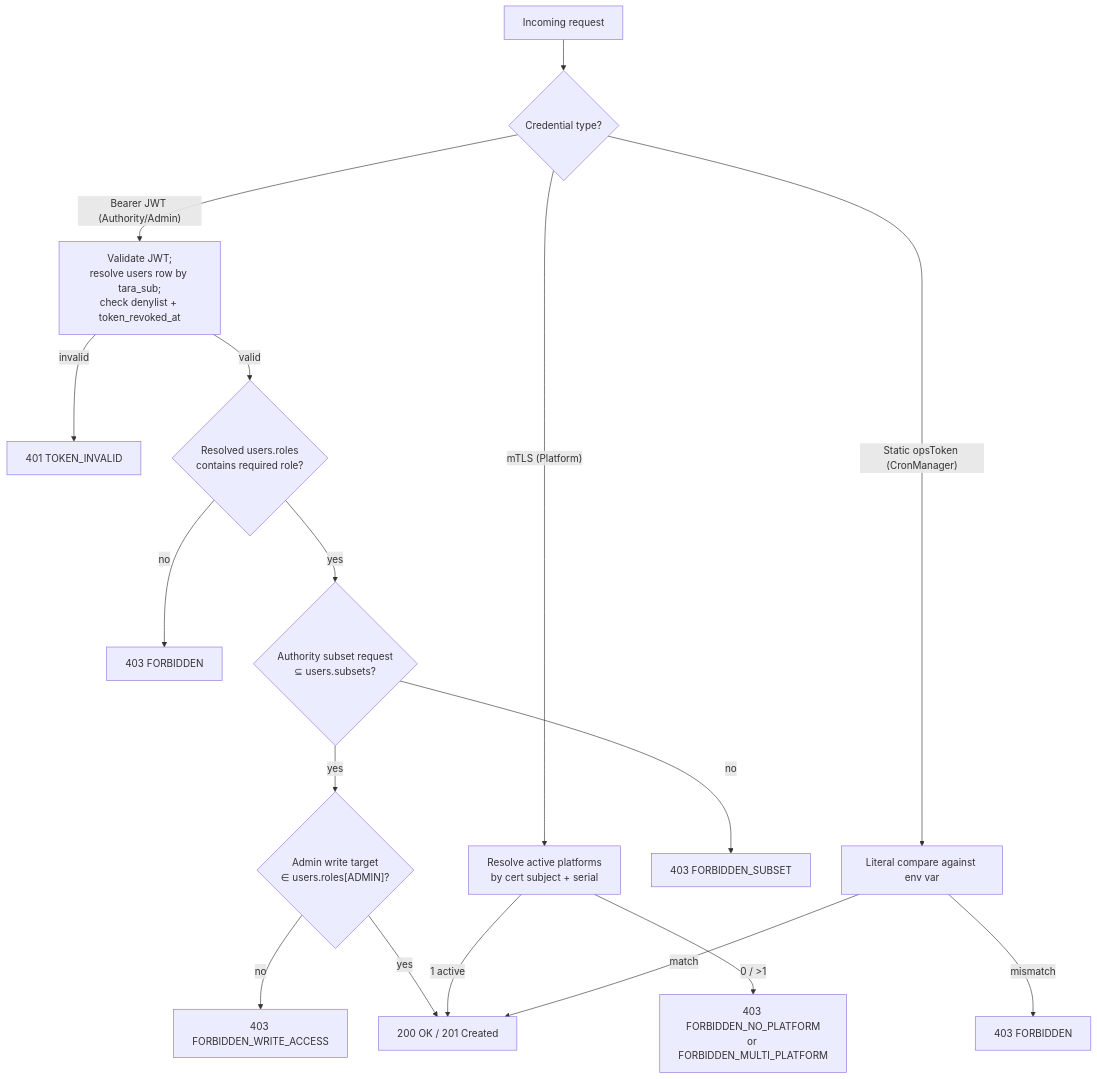
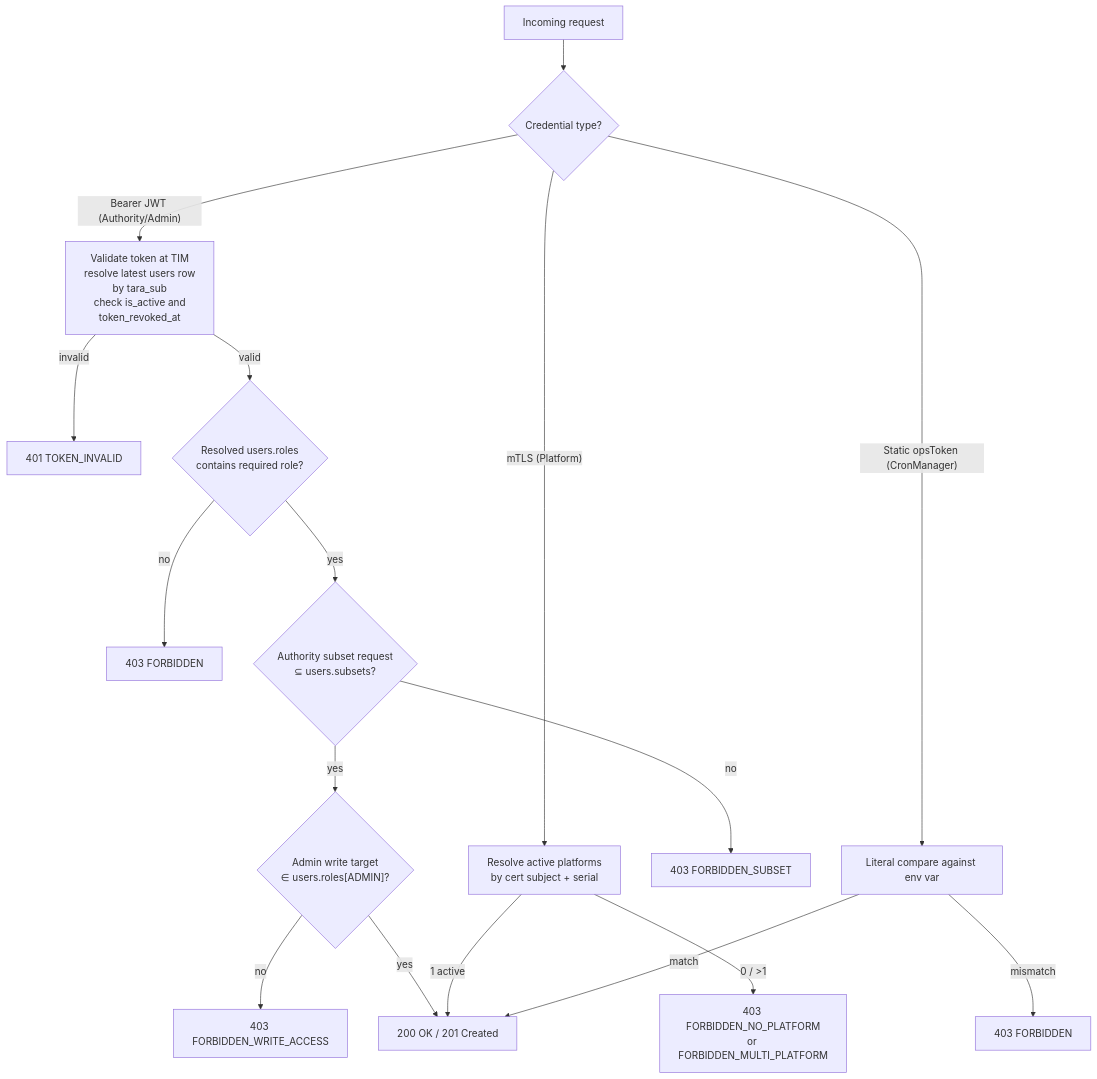
The diagram in docs/architecture/identity-and-access/README.md (kemit-ee/efti-gate-ee), drawn with Mermaid before and after one commit. The commit also changed other lines of this file and 24 other files, not shown here.

Commit message:
feat(auth): mocked-TARA login, TIM-issued JWT, Ruuter access guards

````diff
--- a/docs/architecture/identity-and-access/README.md
+++ b/docs/architecture/identity-and-access/README.md
@@ -75,19 +102,19 @@
 ```mermaid
 flowchart TD
     Req[Incoming request] --> Cred{Credential type?}
-    Cred -- "Bearer JWT (Authority/Admin)" --> JWT[Validate JWT;<br/>resolve users row by tara_sub;<br/>check denylist + token_revoked_at]
+    Cred -- "Bearer JWT (Authority/Admin)" --> JWT[Validate token at TIM<br/>resolve latest users row<br/>by tara_sub<br/>check is_active and<br/>token_revoked_at]
     Cred -- "mTLS (Platform)" --> MTLS[Resolve active platforms<br/>by cert subject + serial]
     Cred -- "Static opsToken (CronManager)" --> OPS[Literal compare against env var]
     JWT -- invalid --> R401[401 TOKEN_INVALID]
     MTLS -- 0 / >1 --> R403P[403 FORBIDDEN_NO_PLATFORM<br/>or FORBIDDEN_MULTI_PLATFORM]
     OPS -- mismatch --> R403O[403 FORBIDDEN]
     JWT -- valid --> RoleCheck{Resolved users.roles<br/>contains required role?}
     RoleCheck -- no --> R403[403 FORBIDDEN]
     RoleCheck -- yes --> Subset{Authority subset request<br/>⊆ users.subsets?}
     Subset -- no --> R403S[403 FORBIDDEN_SUBSET]
     Subset -- yes --> Scope{"Admin write target<br/>∈ users.roles[ADMIN]?"}
     Scope -- no --> R403WA[403 FORBIDDEN_WRITE_ACCESS]
     Scope -- yes --> Allow[200 OK / 201 Created]
     MTLS -- 1 active --> Allow
     OPS -- match --> Allow
 ```
````
